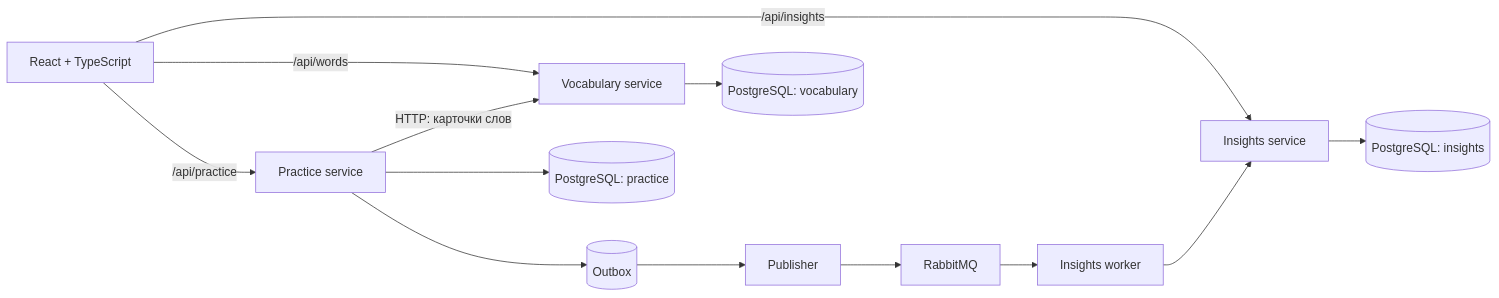
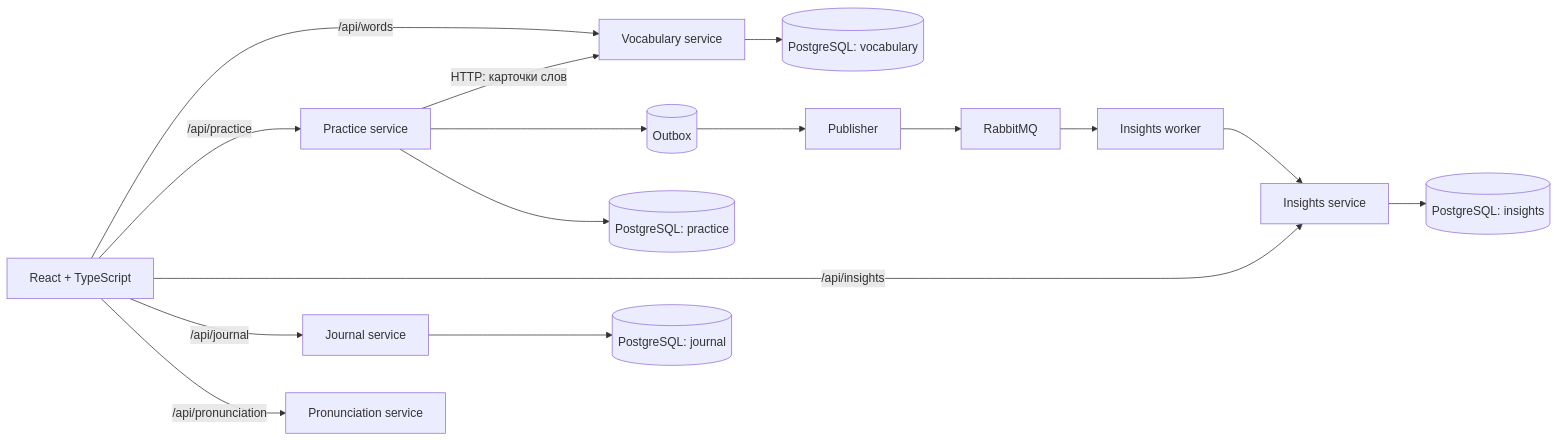
One commit to PavelBackend/smart_learning changed the diagram in README.md. Above: the diagram before and after it, drawn with Mermaid. The commit also changed other lines of this file and 82 other files, not shown here.

````diff
--- a/README.md
+++ b/README.md
@@ -32,15 +48,18 @@
 ```mermaid
 flowchart LR
   UI[React + TypeScript] -->|/api/words| V[Vocabulary service]
   UI -->|/api/practice| P[Practice service]
   UI -->|/api/insights| I[Insights service]
+  UI -->|/api/journal| J[Journal service]
+  UI -->|/api/pronunciation| A[Pronunciation service]
   P -->|HTTP: карточки слов| V
   P --> O[(Outbox)]
   O --> PUB[Publisher]
   PUB --> MQ[RabbitMQ]
   MQ --> W[Insights worker]
   W --> I
   V --> DB1[(PostgreSQL: vocabulary)]
   P --> DB2[(PostgreSQL: practice)]
   I --> DB3[(PostgreSQL: insights)]
+  J --> DB4[(PostgreSQL: journal)]
 ```
````
